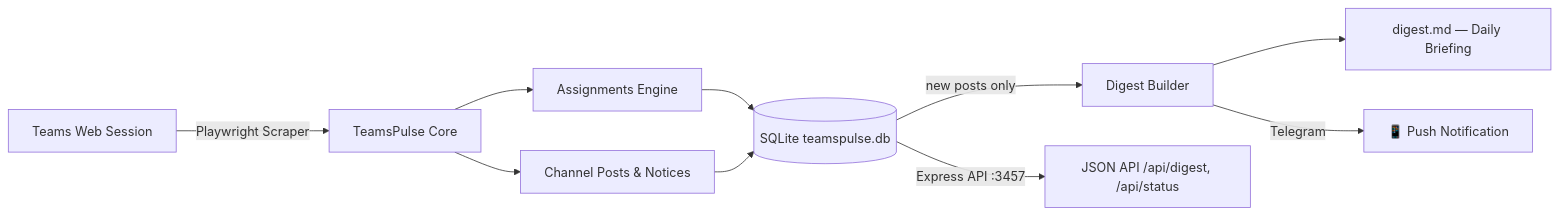
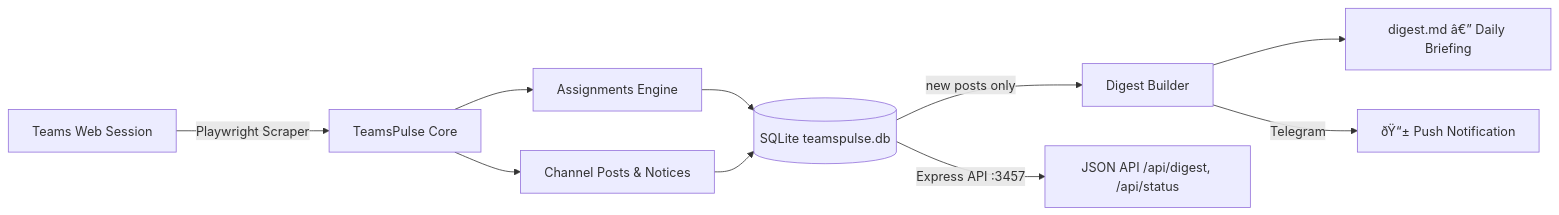
The second of 2 diagrams in README.md (Sa-Alfy/teampulse), drawn with Mermaid before and after one commit. The commit also changed other lines of this file and 1 other file, not shown here.

````diff
--- a/README.md
+++ b/README.md
@@ -56,12 +56,12 @@
 ```mermaid
 flowchart LR
     A[Teams Web Session] -->|Playwright Scraper| B[TeamsPulse Core]
     B --> C[Assignments Engine]
     B --> D[Channel Posts & Notices]
     C --> E[(SQLite teamspulse.db)]
     D --> E
     E -->|new posts only| F[Digest Builder]
-    F --> G[digest.md — Daily Briefing]
-    F -->|Telegram| H[📱 Push Notification]
+    F --> G[digest.md â€” Daily Briefing]
+    F -->|Telegram| H[ðŸ“± Push Notification]
     E -->|Express API :3457| I[JSON API /api/digest, /api/status]
 ```
````
